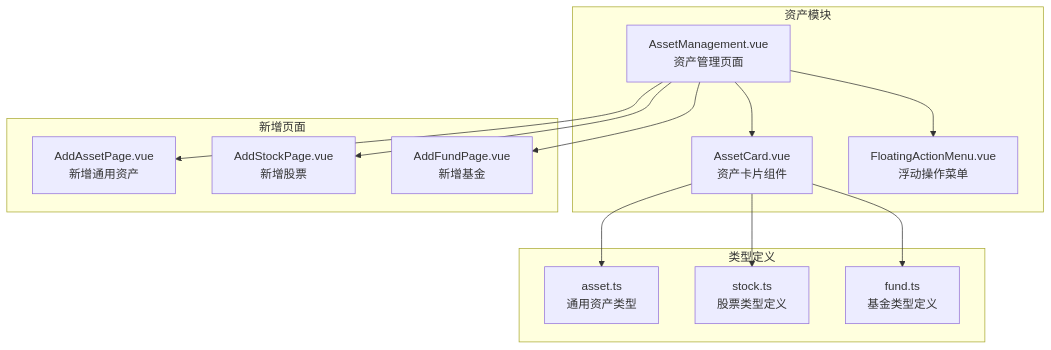
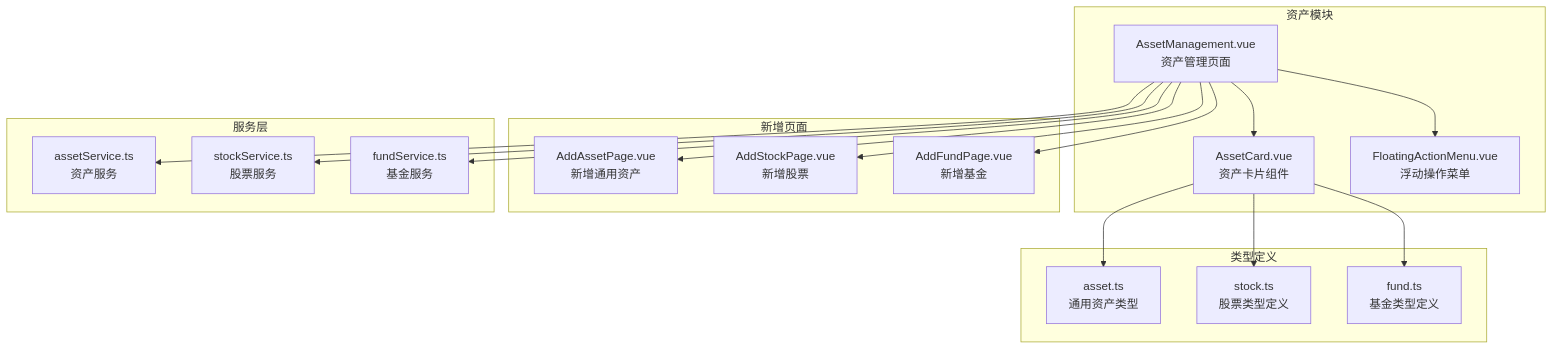
One commit to xiao-lin-unit/yuan changed the first of 11 diagrams in .qoder/repowiki/zh/content/资产管理/资产卡片组件.md. Above: the diagram before and after it, drawn with Mermaid. The commit also changed other lines of this file and 17 other files, not shown here.

````diff
--- a/.qoder/repowiki/zh/content/资产管理/资产卡片组件.md
+++ b/.qoder/repowiki/zh/content/资产管理/资产卡片组件.md
@@ -46,26 +49,34 @@
 ```mermaid
 graph TB
 subgraph "资产模块"
 AM[AssetManagement.vue<br/>资产管理页面]
 AC[AssetCard.vue<br/>资产卡片组件]
 FAM[FloatingActionMenu.vue<br/>浮动操作菜单]
 end
 subgraph "新增页面"
 AAP[AddAssetPage.vue<br/>新增通用资产]
 ASP[AddStockPage.vue<br/>新增股票]
 AFP[AddFundPage.vue<br/>新增基金]
 end
 subgraph "类型定义"
 AT[asset.ts<br/>通用资产类型]
 ST[stock.ts<br/>股票类型定义]
 FT[fund.ts<br/>基金类型定义]
 end
+subgraph "服务层"
+AS[assetService.ts<br/>资产服务]
+SS[stockService.ts<br/>股票服务]
+FS[fundService.ts<br/>基金服务]
+end
 AM --> AC
 AM --> FAM
 AM --> AAP
 AM --> ASP
 AM --> AFP
 AC --> AT
 AC --> ST
 AC --> FT
+AM --> AS
+AM --> SS
+AM --> FS
 ```
````
